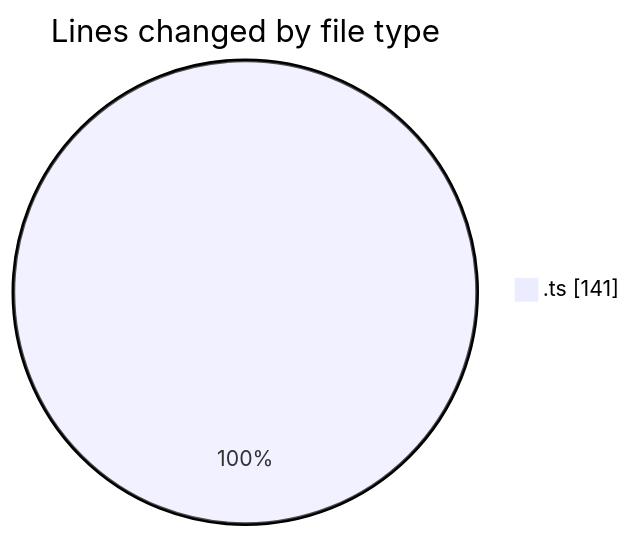
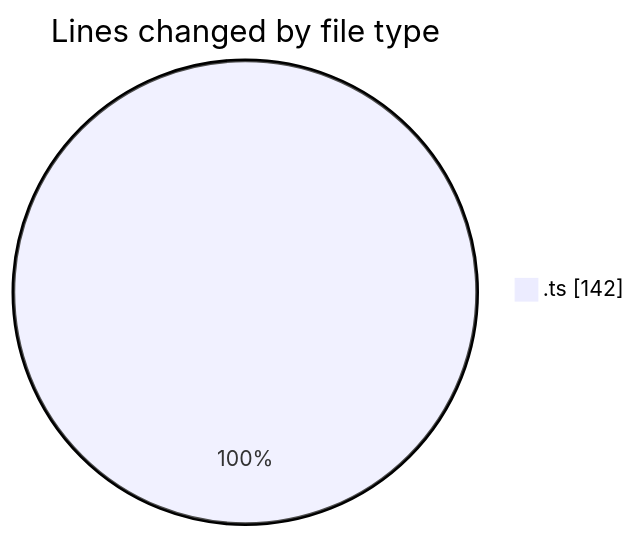
The first of 2 diagrams in 2025-07-29/shortcuts/README.md (EIIisD/code-tracking), drawn with Mermaid before and after one commit. The commit also changed other lines of this file and 1 other file, not shown here.

````diff
--- a/2025-07-29/shortcuts/README.md
+++ b/2025-07-29/shortcuts/README.md
@@ -20,5 +20,5 @@
 ```mermaid
 pie showData
 title Lines changed by file type
-".ts" : 141
+".ts" : 142
 ```
````
